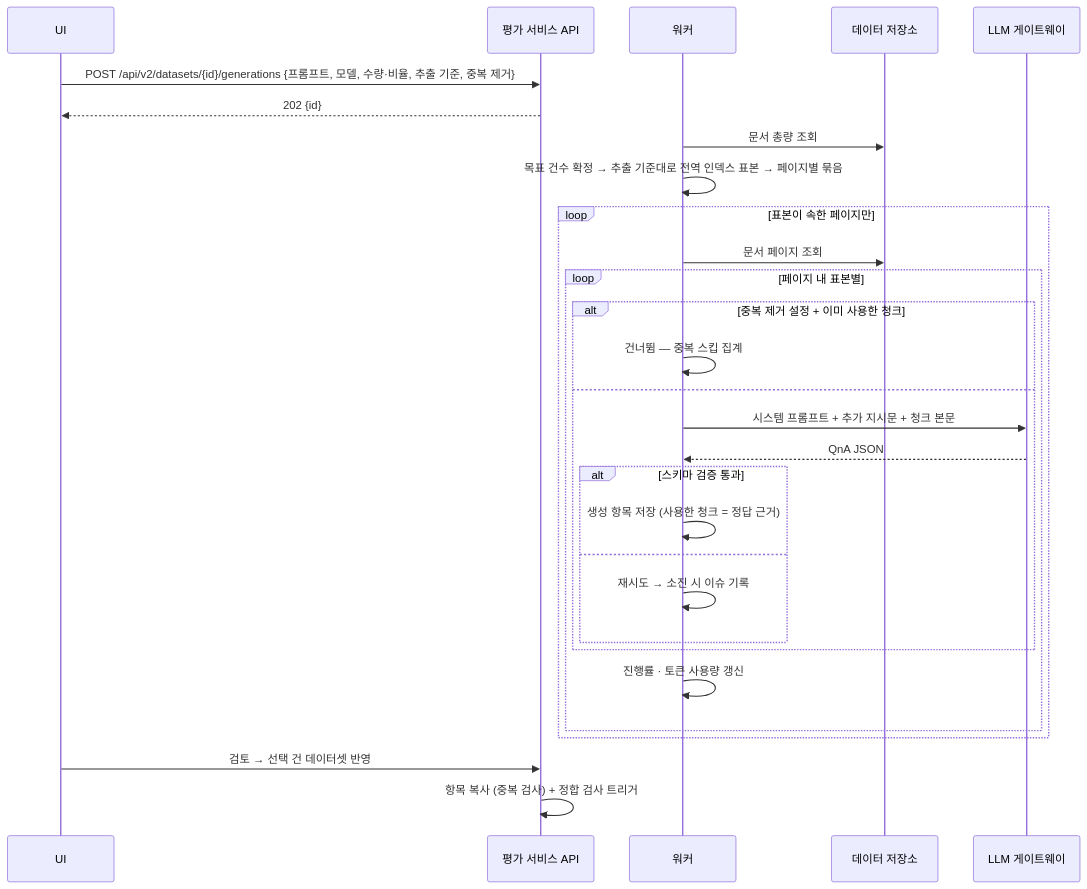
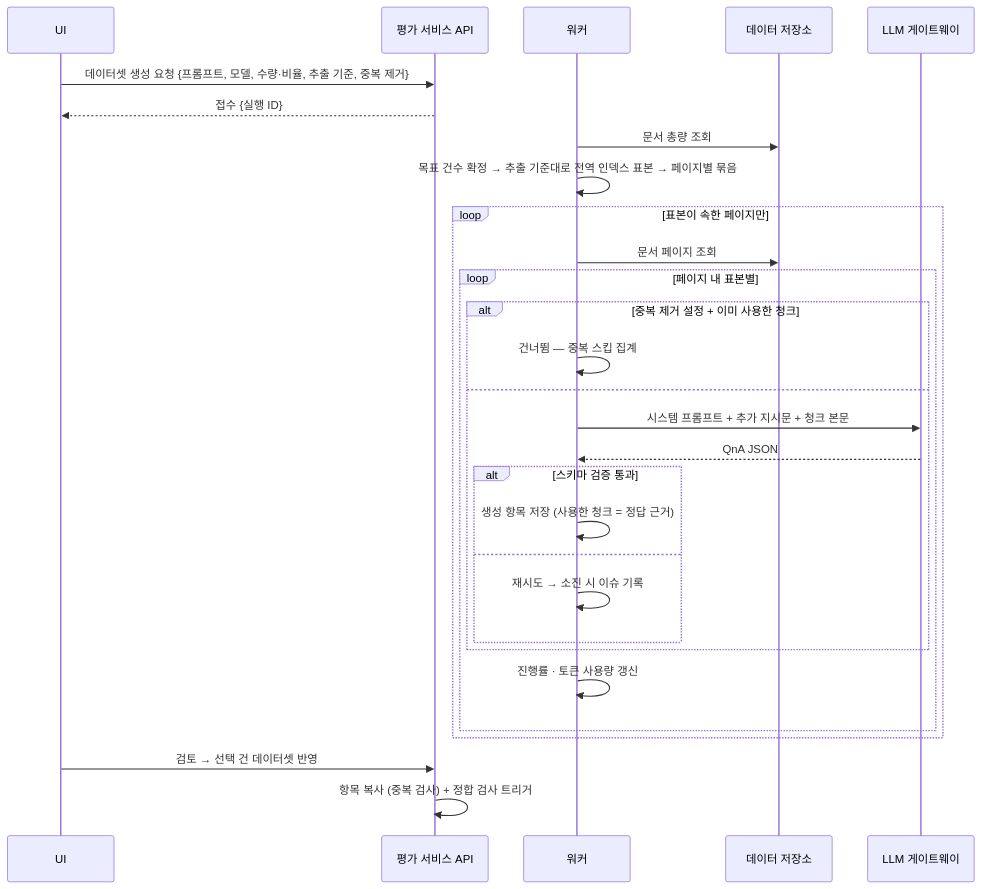
The diagram in public/architecture/evaluator/dataset-generation.mmd (comsa33/porfolio-site), drawn with Mermaid before and after one commit. The commit also changed 14 other files, not shown here.

First line of the commit message:
feat: harness architecture diagrams; strip internal API paths from diagrams

```diff
--- a/public/architecture/evaluator/dataset-generation.mmd
+++ b/public/architecture/evaluator/dataset-generation.mmd
@@ -1,29 +1,29 @@
 sequenceDiagram
     participant UI
     participant API as 평가 서비스 API
     participant W as 워커
     participant DS as 데이터 저장소
     participant LG as LLM 게이트웨이
-    UI->>API: POST /api/v2/datasets/{id}/generations {프롬프트, 모델, 수량·비율, 추출 기준, 중복 제거}
-    API-->>UI: 202 {id}
+    UI->>API: 데이터셋 생성 요청 {프롬프트, 모델, 수량·비율, 추출 기준, 중복 제거}
+    API-->>UI: 접수 {실행 ID}
     W->>DS: 문서 총량 조회
     W->>W: 목표 건수 확정 → 추출 기준대로 전역 인덱스 표본 → 페이지별 묶음
     loop 표본이 속한 페이지만
         W->>DS: 문서 페이지 조회
         loop 페이지 내 표본별
             alt 중복 제거 설정 + 이미 사용한 청크
                 W->>W: 건너뜀 — 중복 스킵 집계
             else
                 W->>LG: 시스템 프롬프트 + 추가 지시문 + 청크 본문
                 LG-->>W: QnA JSON
                 alt 스키마 검증 통과
                     W->>W: 생성 항목 저장 (사용한 청크 = 정답 근거)
                 else
                     W->>W: 재시도 → 소진 시 이슈 기록
                 end
             end
             W->>W: 진행률 · 토큰 사용량 갱신
         end
     end
     UI->>API: 검토 → 선택 건 데이터셋 반영
     API->>API: 항목 복사 (중복 검사) + 정합 검사 트리거
```
